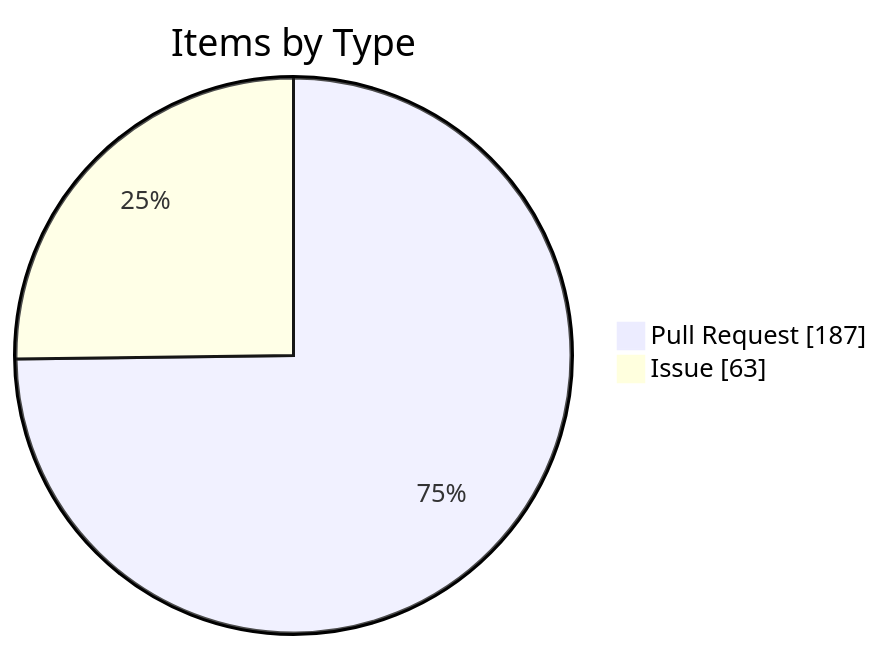
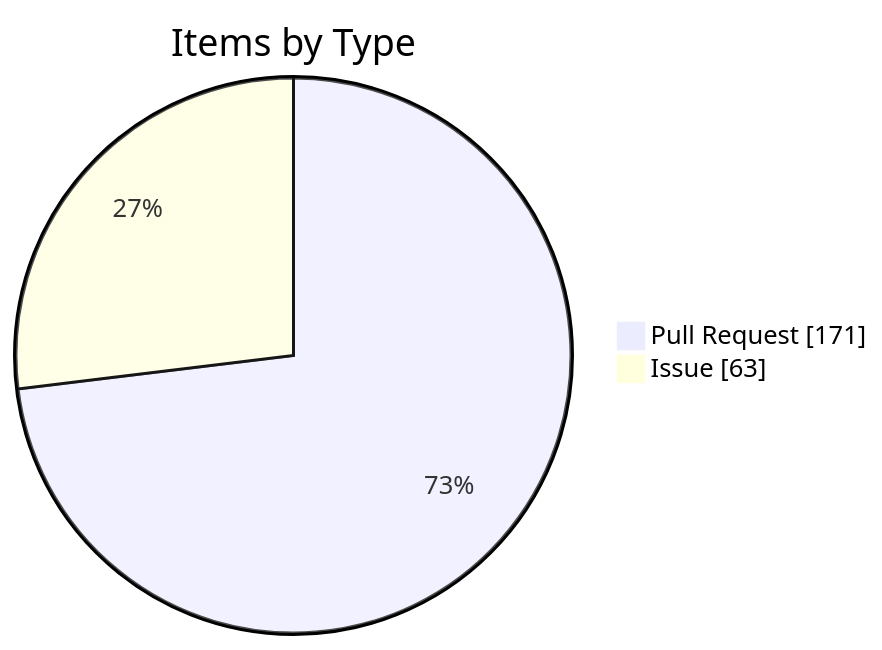
Before and after one commit to KBVE/kbve: the fourth of 4 diagrams in apps/kbve/astro-kbve/src/content/docs/dashboard/kanban-data.mdx, drawn with Mermaid. The commit also changed other lines of this file and 7 other files, not shown here.

````diff
--- a/apps/kbve/astro-kbve/src/content/docs/dashboard/kanban-data.mdx
+++ b/apps/kbve/astro-kbve/src/content/docs/dashboard/kanban-data.mdx
@@ -116,6 +116,6 @@
 ```mermaid
 pie showData
     title Items by Type
-    "Pull Request" : 187
+    "Pull Request" : 171
     "Issue" : 63
 ```
````
